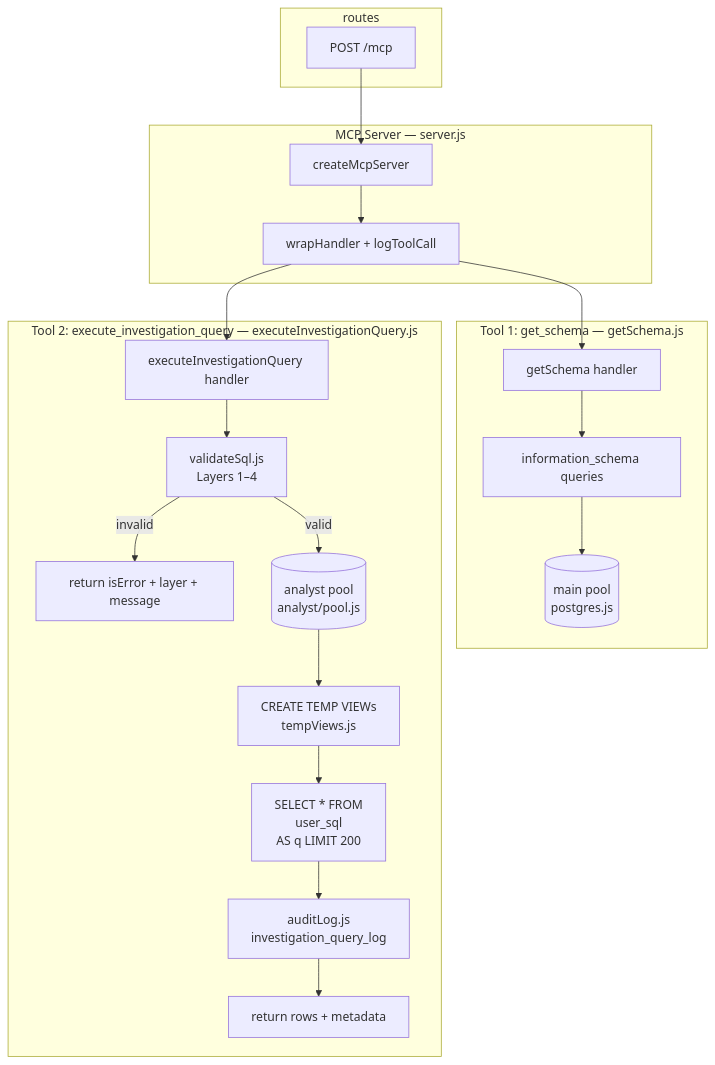
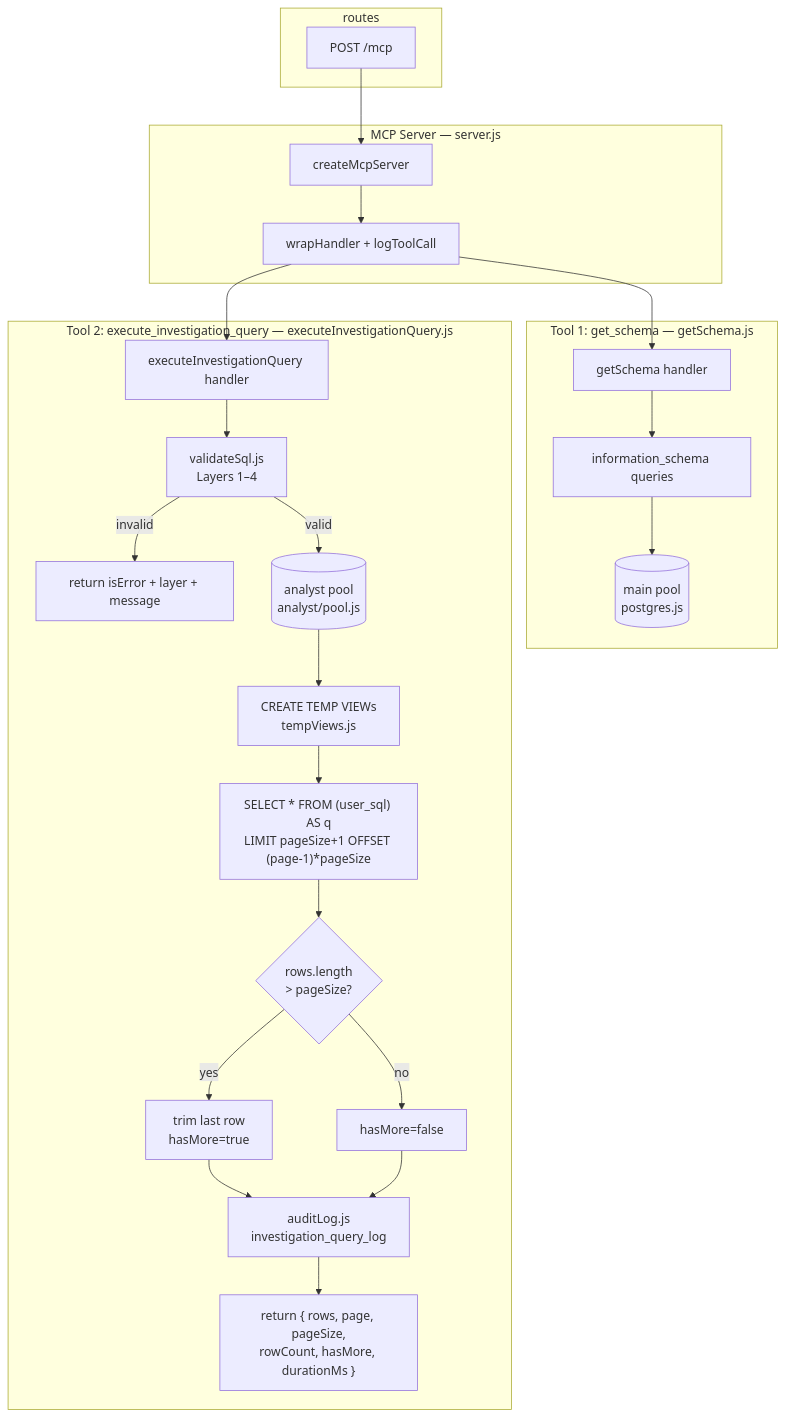
One commit to Viespirkiu-grupe/viespirkiai changed the first of 2 diagrams in docs/mcp-proposal.md. Above: the diagram before and after it, drawn with Mermaid. The commit also changed other lines of this file, not shown here.

Commit message:
enhance input schema documentation and implement pagination design for investigation queries

````diff
--- a/docs/mcp-proposal.md
+++ b/docs/mcp-proposal.md
@@ -943,28 +1041,32 @@
 ```mermaid
 graph TD
     subgraph routes
         R[POST /mcp]
     end
 
     subgraph "MCP Server — server.js"
         R --> S[createMcpServer]
         S --> W[wrapHandler + logToolCall]
     end
 
     subgraph "Tool 1: get_schema — getSchema.js"
         W --> GS[getSchema handler]
         GS --> IS[information_schema queries]
         IS --> MP[(main pool\npostgres.js)]
     end
 
     subgraph "Tool 2: execute_investigation_query — executeInvestigationQuery.js"
         W --> EQ[executeInvestigationQuery handler]
         EQ --> VS[validateSql.js\nLayers 1–4]
         VS -->|invalid| ER[return isError + layer + message]
         VS -->|valid| AP[(analyst pool\nanalyst/pool.js)]
         AP --> TV[CREATE TEMP VIEWs\ntempViews.js]
-        TV --> EX[SELECT * FROM\n  user_sql\nAS q LIMIT 200]
-        EX --> AL[auditLog.js\ninvestigation_query_log]
-        AL --> RET[return rows + metadata]
+        TV --> EX["SELECT * FROM (user_sql) AS q\nLIMIT pageSize+1 OFFSET (page-1)*pageSize"]
+        EX --> PN{rows.length\n> pageSize?}
+        PN -->|yes| HM[trim last row\nhasMore=true]
+        PN -->|no| NM[hasMore=false]
+        HM --> AL[auditLog.js\ninvestigation_query_log]
+        NM --> AL
+        AL --> RET["return { rows, page, pageSize,\nrowCount, hasMore, durationMs }"]
     end
 ```
````
